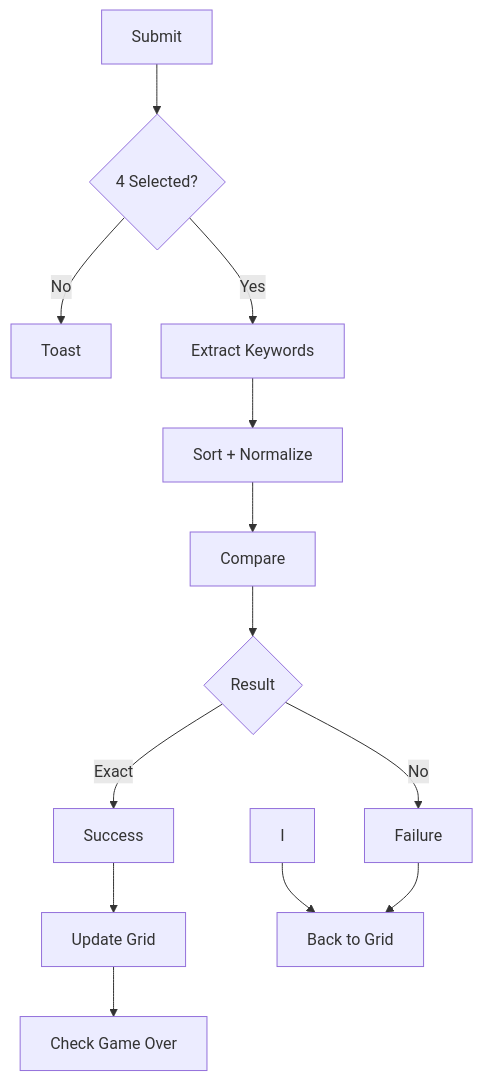
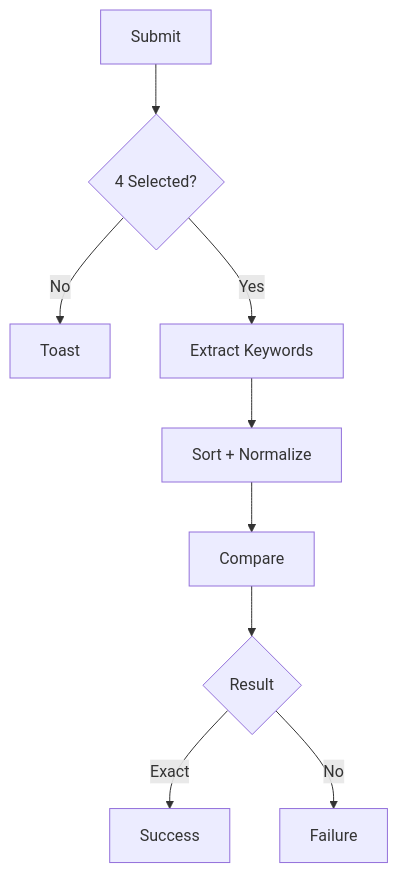
The fifth of 6 diagrams in README.md (SirSirom/tagesschlau), drawn with Mermaid before and after one commit. The commit also changed other lines of this file, not shown here.

Commit message:
update README.md flowcharts

````diff
--- a/README.md
+++ b/README.md
@@ -269,21 +269,16 @@
 ```mermaid
 flowchart TD
     A[Submit] --> B{4 Selected?}
 
     B -- No --> C[Toast]
 
     B -- Yes --> D[Extract Keywords]
     D --> E[Sort + Normalize]
     E --> F[Compare]
 
     F --> G{Result}
 
     G -- Exact --> H[Success]
     G -- No --> J[Failure]
 
-    H --> K[Update Grid]
-    K --> L[Check Game Over]
-
-    I --> M[Back to Grid]
-    J --> M
 ```
````
